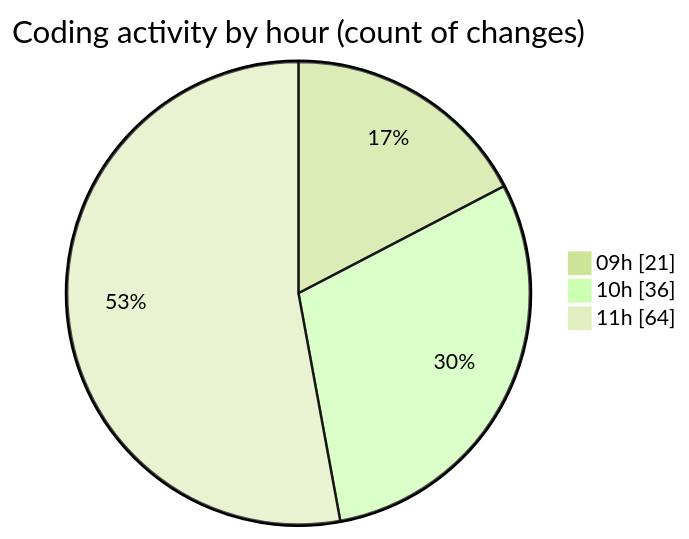
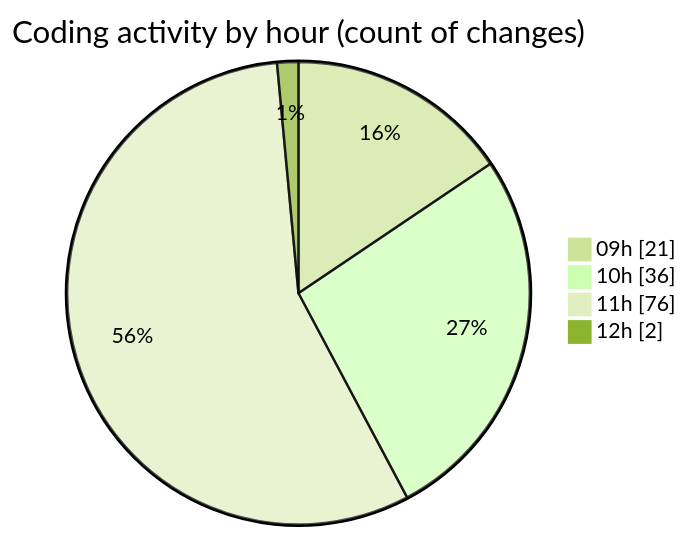
The second of 2 diagrams in 2025-09-09/cda/README.md (momahboobian/code-tracking), drawn with Mermaid (forest theme) before and after one commit. The commit also changed other lines of this file and 1 other file, not shown here.

````diff
--- a/2025-09-09/cda/README.md
+++ b/2025-09-09/cda/README.md
@@ -104,7 +112,8 @@
 ```mermaid
 pie showData
 title Coding activity by hour (count of changes)
 "09h" : 21
 "10h" : 36
-"11h" : 64
+"11h" : 76
+"12h" : 2
 ```
````
